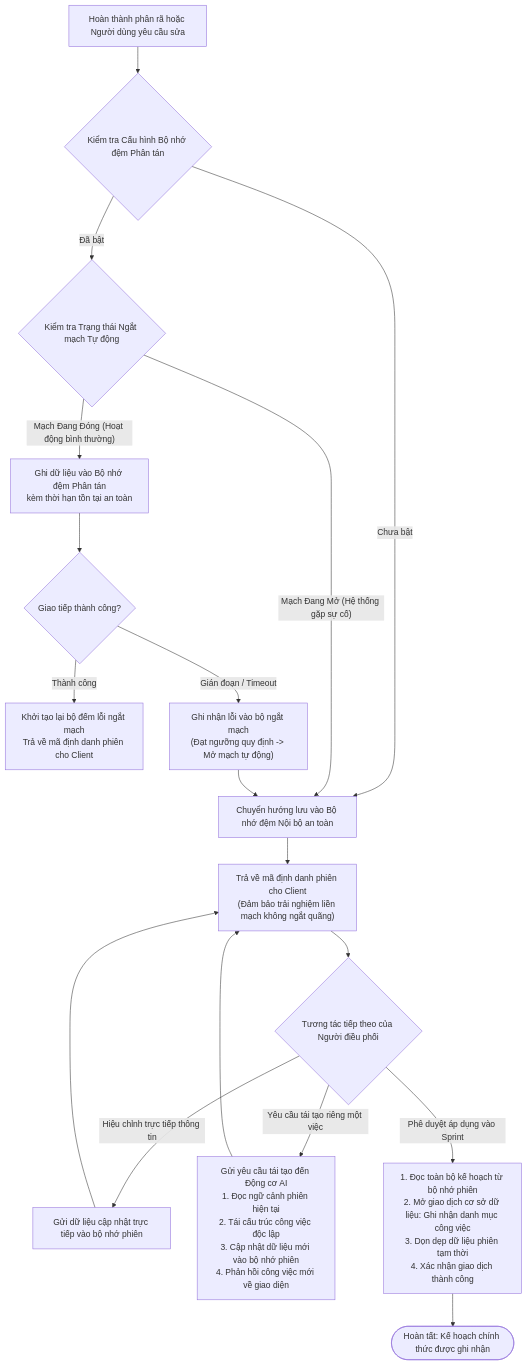
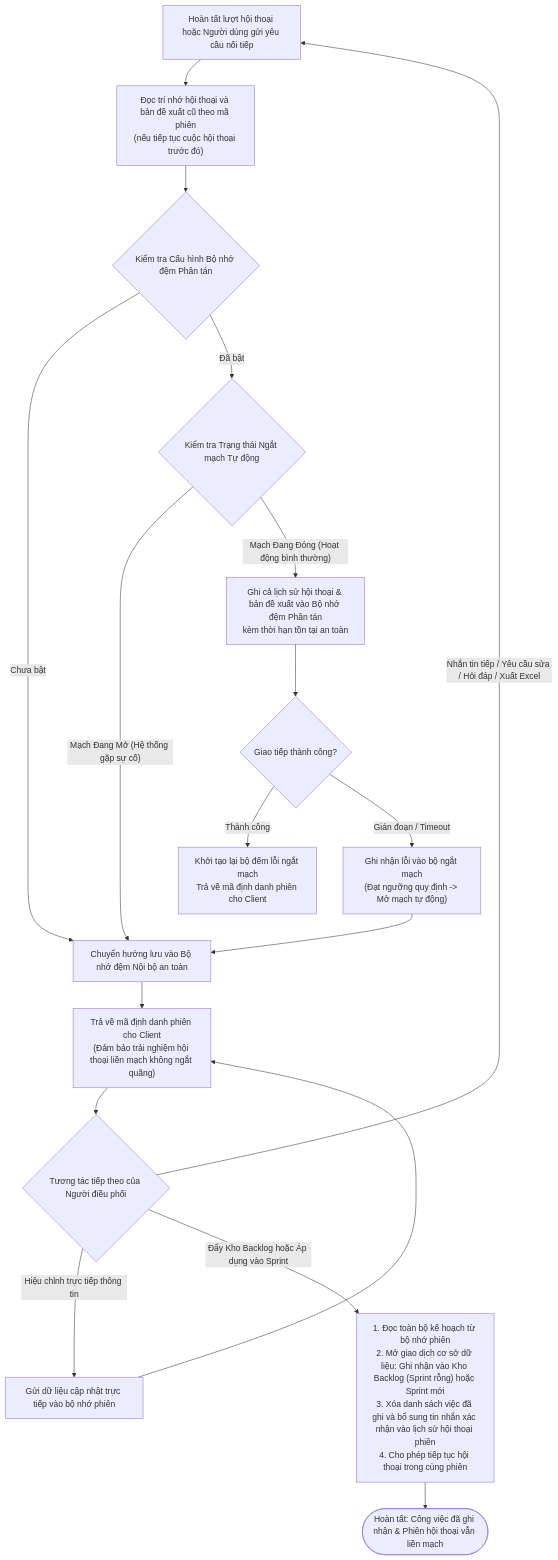
Before and after one commit to TranHoang2k40525/ProjectMgmt: the second of 2 diagrams in docs/ai/03-co-che-tri-nho-redis-memory.md, drawn with Mermaid. The commit also changed other lines of this file and 21 other files, not shown here.

Commit message:
feat(ai-assistant): nâng cấp Trợ Lý AI hội thoại có trạng thái Redis, hỗ trợ đẩy kho backlog, xuất Excel, từ chối ngoài luồng và đồng bộ tài liệu

````diff
--- a/docs/ai/03-co-che-tri-nho-redis-memory.md
+++ b/docs/ai/03-co-che-tri-nho-redis-memory.md
@@ -53,29 +53,29 @@
 ```mermaid
 flowchart TD
-    StartInput["Hoàn thành phân rã hoặc Người dùng yêu cầu sửa"] --> CheckConfig{"Kiểm tra Cấu hình Bộ nhớ đệm Phân tán"}
+    StartInput["Hoàn tất lượt hội thoại hoặc Người dùng gửi yêu cầu nối tiếp"] --> LoadPrior["Đọc trí nhớ hội thoại và bản đề xuất cũ theo mã phiên\n(nếu tiếp tục cuộc hội thoại trước đó)"]
+    LoadPrior --> CheckConfig{"Kiểm tra Cấu hình Bộ nhớ đệm Phân tán"}
 
     CheckConfig -- "Chưa bật" --> MemoryFallback["Chuyển hướng lưu vào Bộ nhớ đệm Nội bộ an toàn"]
     CheckConfig -- "Đã bật" --> CheckCircuit{"Kiểm tra Trạng thái Ngắt mạch Tự động"}
 
     CheckCircuit -- "Mạch Đang Mở (Hệ thống gặp sự cố)" --> MemoryFallback
-    CheckCircuit -- "Mạch Đang Đóng (Hoạt động bình thường)" --> TryDistributed["Ghi dữ liệu vào Bộ nhớ đệm Phân tán\nkèm thời hạn tồn tại an toàn"]
+    CheckCircuit -- "Mạch Đang Đóng (Hoạt động bình thường)" --> TryDistributed["Ghi cả lịch sử hội thoại & bản đề xuất vào Bộ nhớ đệm Phân tán\nkèm thời hạn tồn tại an toàn"]
 
     TryDistributed --> CheckResult{"Giao tiếp thành công?"}
     CheckResult -- "Thành công" --> ResetFailures["Khởi tạo lại bộ đếm lỗi ngắt mạch\nTrả về mã định danh phiên cho Client"]
     CheckResult -- "Gián đoạn / Timeout" --> RecordFailure["Ghi nhận lỗi vào bộ ngắt mạch\n(Đạt ngưỡng quy định -> Mở mạch tự động)"]
     RecordFailure --> MemoryFallback
 
-    MemoryFallback --> ReturnClient["Trả về mã định danh phiên cho Client\n(Đảm bảo trải nghiệm liền mạch không ngắt quãng)"]
+    MemoryFallback --> ReturnClient["Trả về mã định danh phiên cho Client\n(Đảm bảo trải nghiệm hội thoại liền mạch không ngắt quãng)"]
 
     ReturnClient --> UserAction{"Tương tác tiếp theo của Người điều phối"}
 
     UserAction -- "Hiệu chỉnh trực tiếp thông tin" --> PatchMemory["Gửi dữ liệu cập nhật trực tiếp vào bộ nhớ phiên"]
     PatchMemory --> ReturnClient
 
-    UserAction -- "Yêu cầu tái tạo riêng một việc" --> RegenTask["Gửi yêu cầu tái tạo đến Động cơ AI\n1. Đọc ngữ cảnh phiên hiện tại\n2. Tái cấu trúc công việc độc lập\n3. Cập nhật dữ liệu mới vào bộ nhớ phiên\n4. Phản hồi công việc mới về giao diện"]
-    RegenTask --> ReturnClient
+    UserAction -- "Nhắn tin tiếp / Yêu cầu sửa / Hỏi đáp / Xuất Excel" --> StartInput
 
-    UserAction -- "Phê duyệt áp dụng vào Sprint" --> CommitPhase["1. Đọc toàn bộ kế hoạch từ bộ nhớ phiên\n2. Mở giao dịch cơ sở dữ liệu: Ghi nhận danh mục công việc\n3. Dọn dẹp dữ liệu phiên tạm thời\n4. Xác nhận giao dịch thành công"]
+    UserAction -- "Đẩy Kho Backlog hoặc Áp dụng vào Sprint" --> CommitPhase["1. Đọc toàn bộ kế hoạch từ bộ nhớ phiên\n2. Mở giao dịch cơ sở dữ liệu: Ghi nhận vào Kho Backlog (Sprint rỗng) hoặc Sprint mới\n3. Xóa danh sách việc đã ghi và bổ sung tin nhắn xác nhận vào lịch sử hội thoại phiên\n4. Cho phép tiếp tục hội thoại trong cùng phiên"]
 
-    CommitPhase --> Done(["Hoàn tất: Kế hoạch chính thức được ghi nhận"])
+    CommitPhase --> Done(["Hoàn tất: Công việc đã ghi nhận & Phiên hội thoại vẫn liền mạch"])
 ```
````
